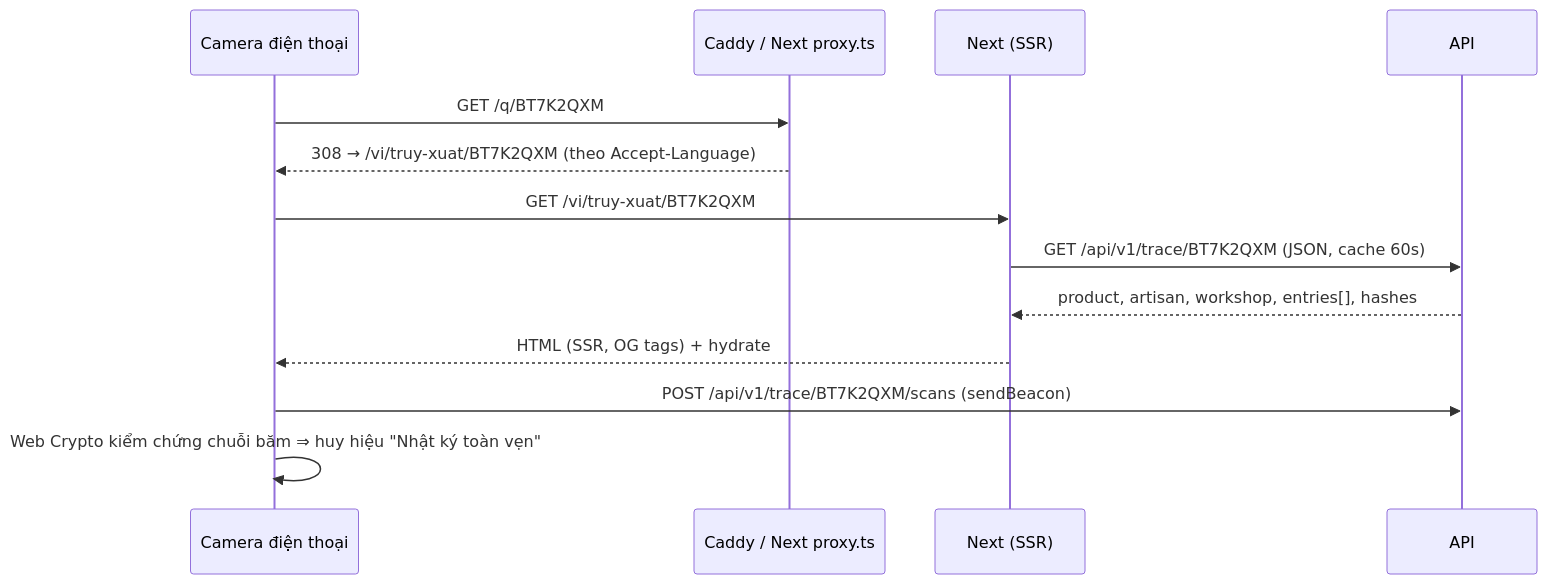
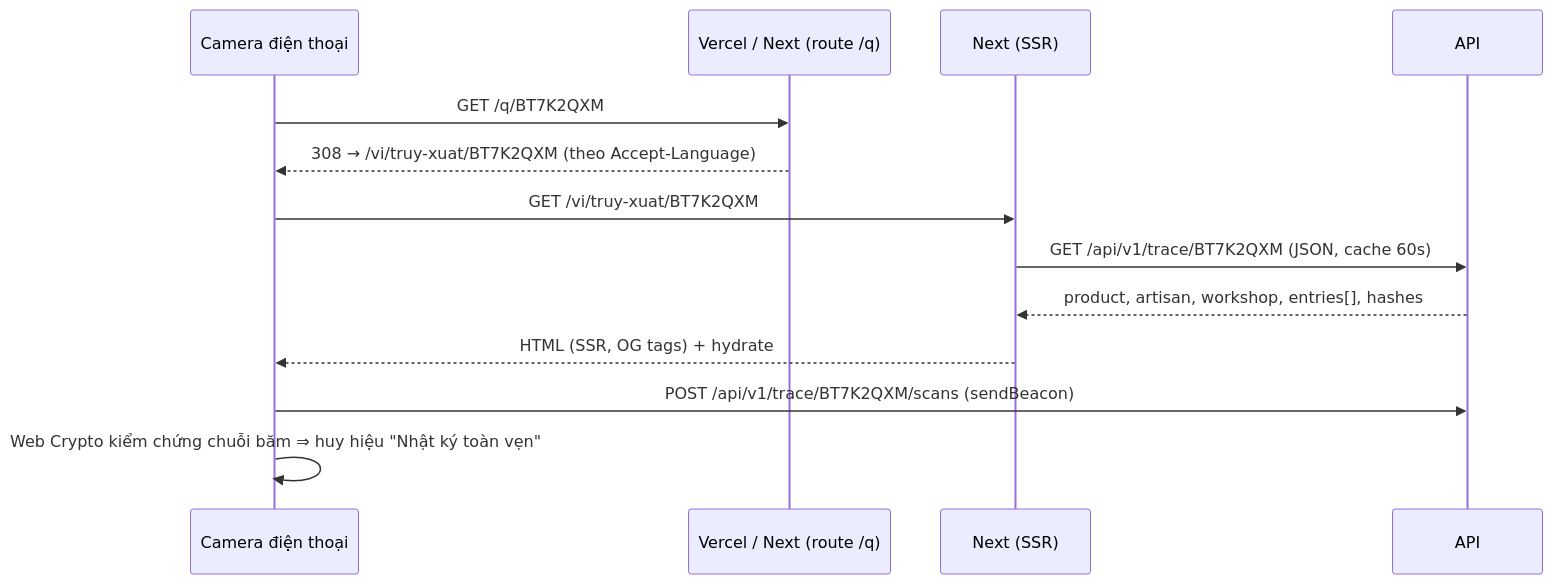
Before and after one commit to DienHung05/vCRAFT: the seventh of 10 diagrams in docs/ARCHITECTURE.md, drawn with Mermaid. The commit also changed other lines of this file and 7 other files, not shown here.

````diff
--- a/docs/ARCHITECTURE.md
+++ b/docs/ARCHITECTURE.md
@@ -452,15 +453,15 @@
 ```mermaid
 sequenceDiagram
     participant Ph as Camera điện thoại
-    participant Px as Caddy / Next proxy.ts
+    participant Px as Vercel / Next (route /q)
     participant W as Next (SSR)
     participant A as API
     Ph->>Px: GET /q/BT7K2QXM
     Px-->>Ph: 308 → /vi/truy-xuat/BT7K2QXM (theo Accept-Language)
     Ph->>W: GET /vi/truy-xuat/BT7K2QXM
     W->>A: GET /api/v1/trace/BT7K2QXM (JSON, cache 60s)
     A-->>W: product, artisan, workshop, entries[], hashes
     W-->>Ph: HTML (SSR, OG tags) + hydrate
     Ph->>A: POST /api/v1/trace/BT7K2QXM/scans (sendBeacon)
     Ph->>Ph: Web Crypto kiểm chứng chuỗi băm ⇒ huy hiệu "Nhật ký toàn vẹn"
 ```
````
